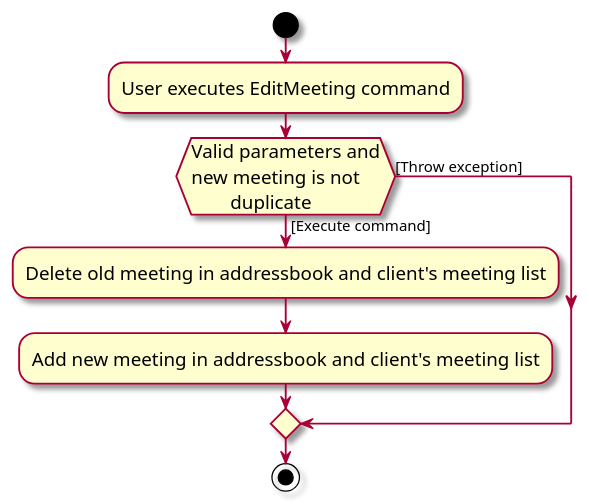
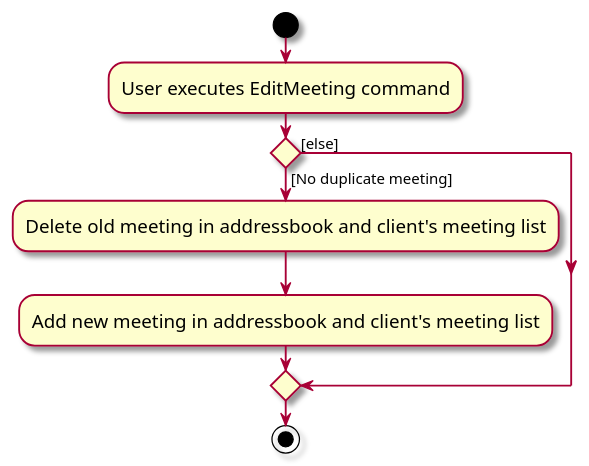
The diagram in docs/diagrams/EditMeetingCommandActivityDiagram.puml (sethteo/tp), drawn with PlantUML before and after one commit. The commit also changed 3 other files, not shown here.

Commit message:
Add UML diagrams

```diff
--- a/docs/diagrams/EditMeetingCommandActivityDiagram.puml
+++ b/docs/diagrams/EditMeetingCommandActivityDiagram.puml
@@ -1,19 +1,17 @@
 @startuml
 skin rose
 skinparam ActivityFontSize 15
 skinparam ArrowFontSize 12
 start
 :User executes EditMeeting command;
 
 'Since the beta syntax does not support placing the condition outside the
 'diamond we place it as the true branch instead.
 
-if (Valid parameters and
-new meeting is not
-        duplicate) then ([Execute command])
+if () then ([No duplicate meeting])
     :Delete old meeting in addressbook and client's meeting list;
     :Add new meeting in addressbook and client's meeting list;
-else ([Throw exception])
+else ([else])
 endif
 stop
 @enduml
```
